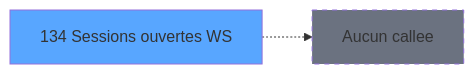
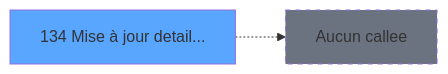
One commit to thonyAGP/lecteur-magic changed the third of 3 diagrams in .openspec/specs/ADH-IDE-134.md. Above: the diagram before and after it, drawn with Mermaid. The commit also changed other lines of this file and 493 other files, not shown here.

````diff
--- a/.openspec/specs/ADH-IDE-134.md
+++ b/.openspec/specs/ADH-IDE-134.md
@@ -163,8 +516,8 @@
 ```mermaid
 graph LR
-    T134[134 Sessions ouvertes WS]
+    T134[134 Mise à jour detail...]
     style T134 fill:#58a6ff
     NONE[Aucun callee]
     T134 -.-> NONE
     style NONE fill:#6b7280,stroke-dasharray: 5 5
 ```
````
